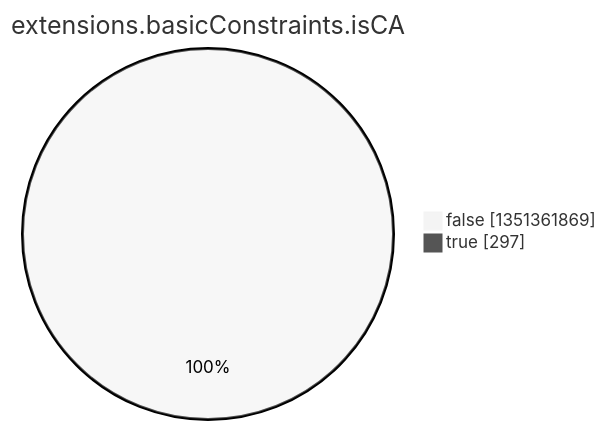
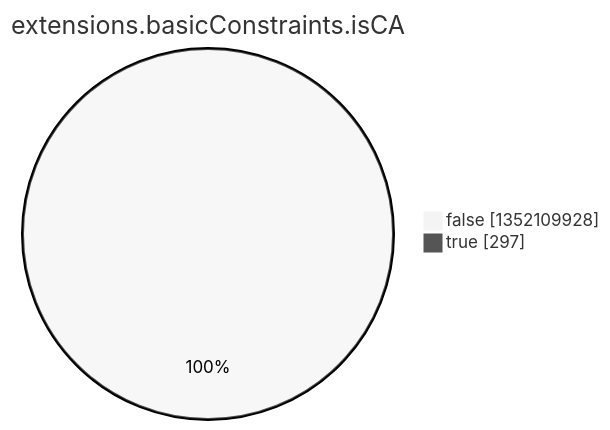
One commit to christiankrug/ctmonitor_visualization changed the eighth of 15 diagrams in argon2022/README.md. Above: the diagram before and after it, drawn with Mermaid (neutral theme). The commit also changed other lines of this file, not shown here.

````diff
--- a/argon2022/README.md
+++ b/argon2022/README.md
@@ -2758,6 +2758,6 @@
 ```mermaid
 pie showData
 title extensions.basicConstraints.isCA
-"false" :1351361869
+"false" :1352109928
 "true" :297
 ```
````
